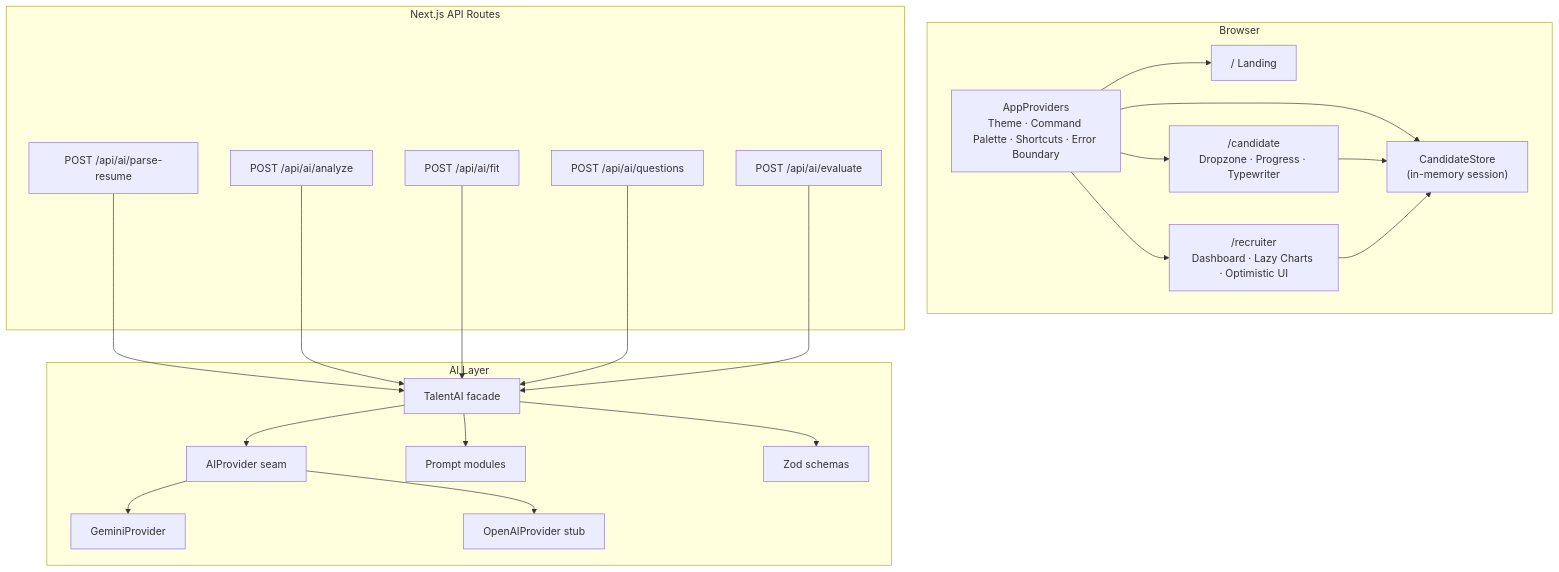
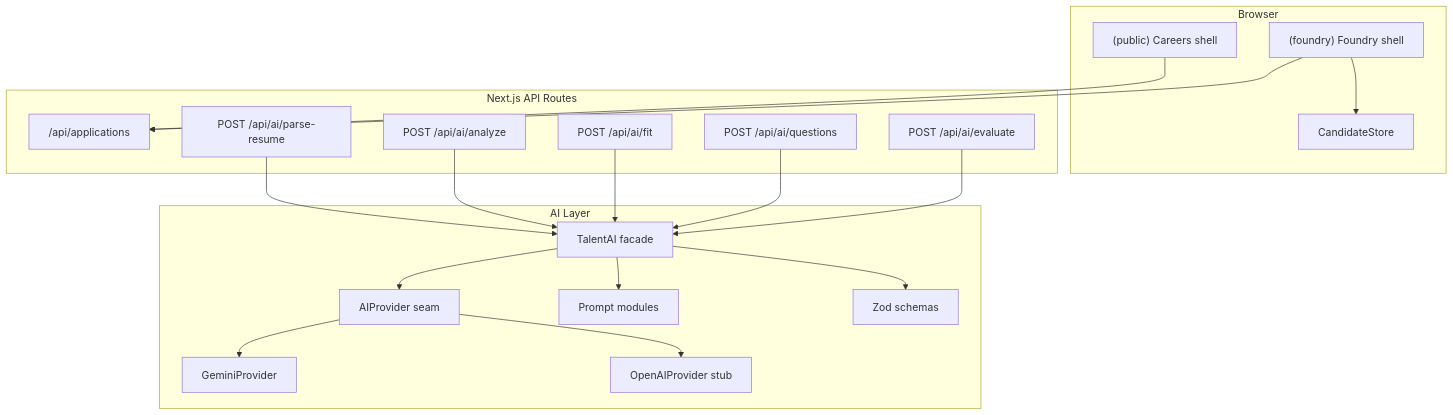
One commit to habinrahman/Foundry changed the third of 5 diagrams in README.md. Above: the diagram before and after it, drawn with Mermaid. The commit also changed other lines of this file and 7 other files, not shown here.

Commit message:
polish: enrich Foundry recruiter UX and reposition README

````diff
--- a/README.md
+++ b/README.md
@@ -138,46 +333,40 @@
 ```mermaid
 flowchart TB
   subgraph Client["Browser"]
-    Shell["AppProviders\nTheme · Command Palette · Shortcuts · Error Boundary"]
-    Home["/ Landing"]
-    Candidate["/candidate\nDropzone · Progress · Typewriter"]
-    Recruiter["/recruiter\nDashboard · Lazy Charts · Optimistic UI"]
-    Store["CandidateStore\n(in-memory session)"]
+    Public["(public) Careers shell"]
+    FoundryShell["(foundry) Foundry shell"]
+    Store["CandidateStore"]
   end
 
   subgraph API["Next.js API Routes"]
+    Apps["/api/applications"]
     Parse["POST /api/ai/parse-resume"]
     Analyze["POST /api/ai/analyze"]
     Fit["POST /api/ai/fit"]
     Questions["POST /api/ai/questions"]
     Evaluate["POST /api/ai/evaluate"]
   end
 
   subgraph AI["AI Layer"]
     TalentAI["TalentAI facade"]
     Provider["AIProvider seam"]
     Gemini["GeminiProvider"]
     OpenAI["OpenAIProvider stub"]
     Prompts["Prompt modules"]
     Schemas["Zod schemas"]
   end
 
-  Shell --> Home
-  Shell --> Candidate
-  Shell --> Recruiter
-  Shell --> Store
-  Candidate --> Store
-  Recruiter --> Store
-
+  Public --> Apps
+  FoundryShell --> Apps
+  FoundryShell --> Store
   Parse --> TalentAI
   Analyze --> TalentAI
   Fit --> TalentAI
   Questions --> TalentAI
   Evaluate --> TalentAI
-
   TalentAI --> Prompts
   TalentAI --> Schemas
   TalentAI --> Provider
   Provider --> Gemini
   Provider --> OpenAI
 ```
````
